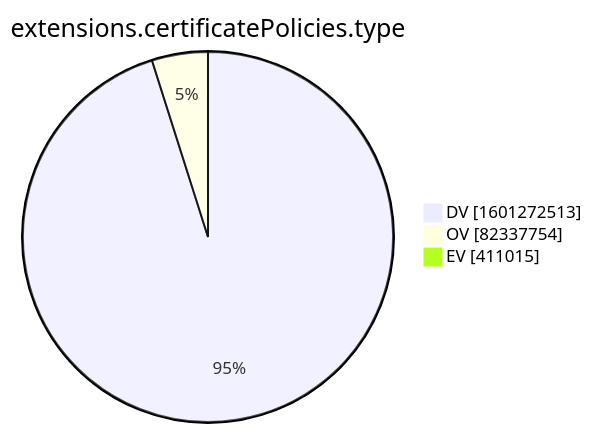
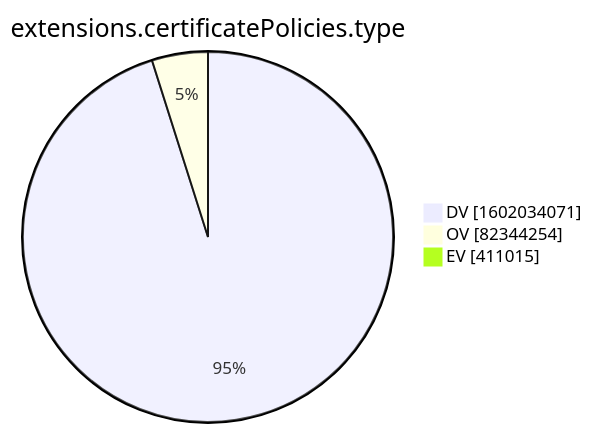
Before and after one commit to christiankrug/ctmonitor_visualization: the tenth of 15 diagrams in xenon2022/README.md, drawn with Mermaid. The commit also changed other lines of this file, not shown here.

````diff
--- a/xenon2022/README.md
+++ b/xenon2022/README.md
@@ -2878,7 +2878,7 @@
 ```mermaid
 pie showData
 title extensions.certificatePolicies.type
-"DV" :1601272513
-"OV" :82337754
+"DV" :1602034071
+"OV" :82344254
 "EV" :411015
 ```
````
